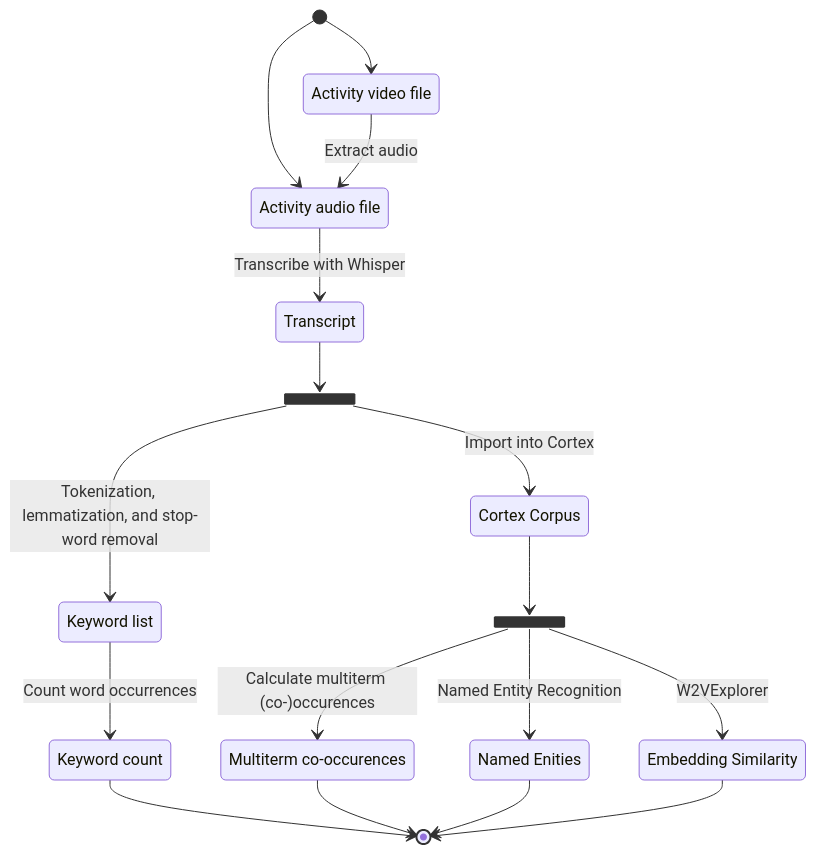
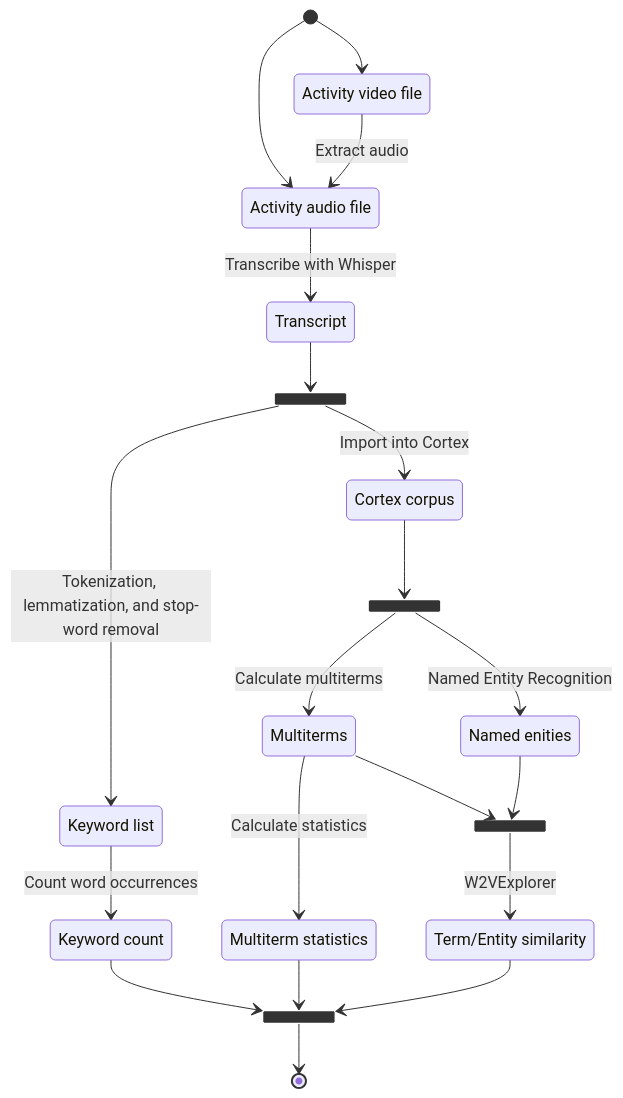
One commit to VCityTeam/PEPR-VDBI changed the fourth of 4 diagrams in data-analysis/wordcount.md. Above: the diagram before and after it, drawn with Mermaid. The commit also changed other lines of this file and 1 other file, not shown here.

Commit message:
update method

````diff
--- a/data-analysis/wordcount.md
+++ b/data-analysis/wordcount.md
@@ -339,39 +339,46 @@
 ```mermaid
 stateDiagram-v2
 
   %% direction LR
 
   video : Activity video file
   audio : Activity audio file
   words : Keyword list
   wc    : Keyword count
   %% wci   : Keyword intersection count
-  cc    : Cortex Corpus
-  wcco  : Multiterm co-occurences
-  ne    : Named Enities
-  es    : Embedding Similarity
+  cc    : Cortex corpus
+  wcco  : Multiterm statistics
+  ne    : Named enities
+  es    : Term/Entity similarity
 
   [*] --> video
   [*] --> audio
   video --> audio       : Extract audio
   audio --> Transcript  : Transcribe with Whisper
 
   state fork <<fork>>
     Transcript --> fork
     fork --> words      : Tokenization, lemmatization, and stop-word removal
     fork --> cc         : Import into Cortex
 
   state fork2 <<fork>>
     cc --> fork2
-    fork2 --> wcco   : Calculate multiterm (co-)occurences
-    fork2 --> ne     : Named Entity Recognition
-    fork2 --> es     : W2VExplorer
+    fork2 --> ne          : Named Entity Recognition
+    fork2 --> Multiterms  : Calculate multiterms
+    Multiterms --> wcco   : Calculate statistics
 
-  words --> wc  : Count word occurrences
-  wc --> [*]
-  %% wc --> wci    : Calculate intersection for parallel activity keyword counts
-  wcco --> [*]
-  ne --> [*]
-  es --> [*]
-  %% wci --> [*]
+  state join1 <<join>>
+    Multiterms --> join1
+    ne --> join1
+    join1 --> es : W2VExplorer
+
+  state join2 <<join>>
+    words --> wc  : Count word occurrences
+    wc --> join2
+    %% wc --> wci    : Calculate intersection for parallel activity keyword counts
+    wcco --> join2
+    %% ne --> join2
+    es --> join2
+    %% wci --> join2
+    join2 --> [*]
 ```
````
